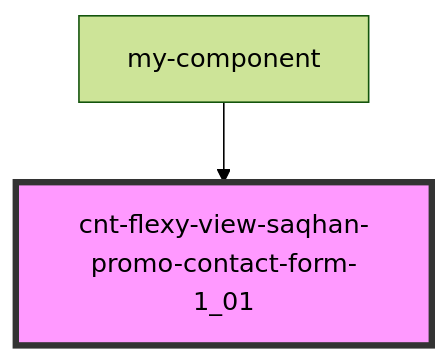
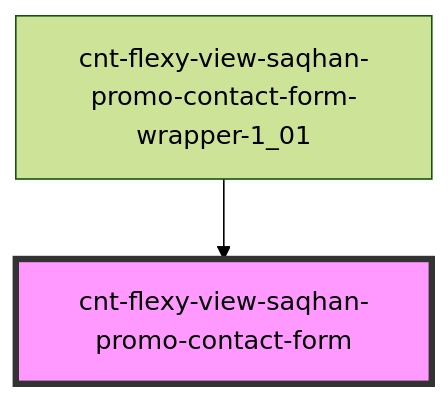
The diagram in src/components/cnt-flexy-view-saqhan-promo-contact-form-wrapper/res/view/cnt-flexy-view-saqhan-promo-contact-form/readme.md (saqhan/s-promo), drawn with Mermaid (forest theme) before and after one commit. The commit also changed other lines of this file and 167 other files, not shown here.

````diff
--- a/src/components/cnt-flexy-view-saqhan-promo-contact-form-wrapper/res/view/cnt-flexy-view-saqhan-promo-contact-form/readme.md
+++ b/src/components/cnt-flexy-view-saqhan-promo-contact-form-wrapper/res/view/cnt-flexy-view-saqhan-promo-contact-form/readme.md
@@ -22,5 +22,5 @@
 ```mermaid
 graph TD;
-  my-component --> cnt-flexy-view-saqhan-promo-contact-form-1_01
-  style cnt-flexy-view-saqhan-promo-contact-form-1_01 fill:#f9f,stroke:#333,stroke-width:4px
+  cnt-flexy-view-saqhan-promo-contact-form-wrapper-1_01 --> cnt-flexy-view-saqhan-promo-contact-form
+  style cnt-flexy-view-saqhan-promo-contact-form fill:#f9f,stroke:#333,stroke-width:4px
 ```
````
